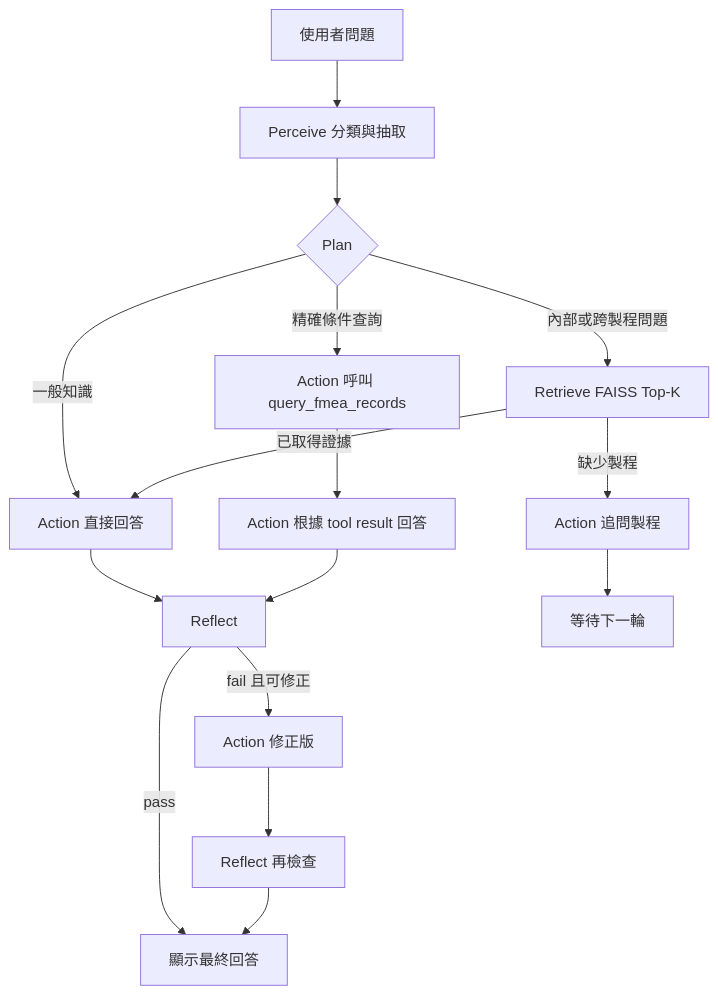
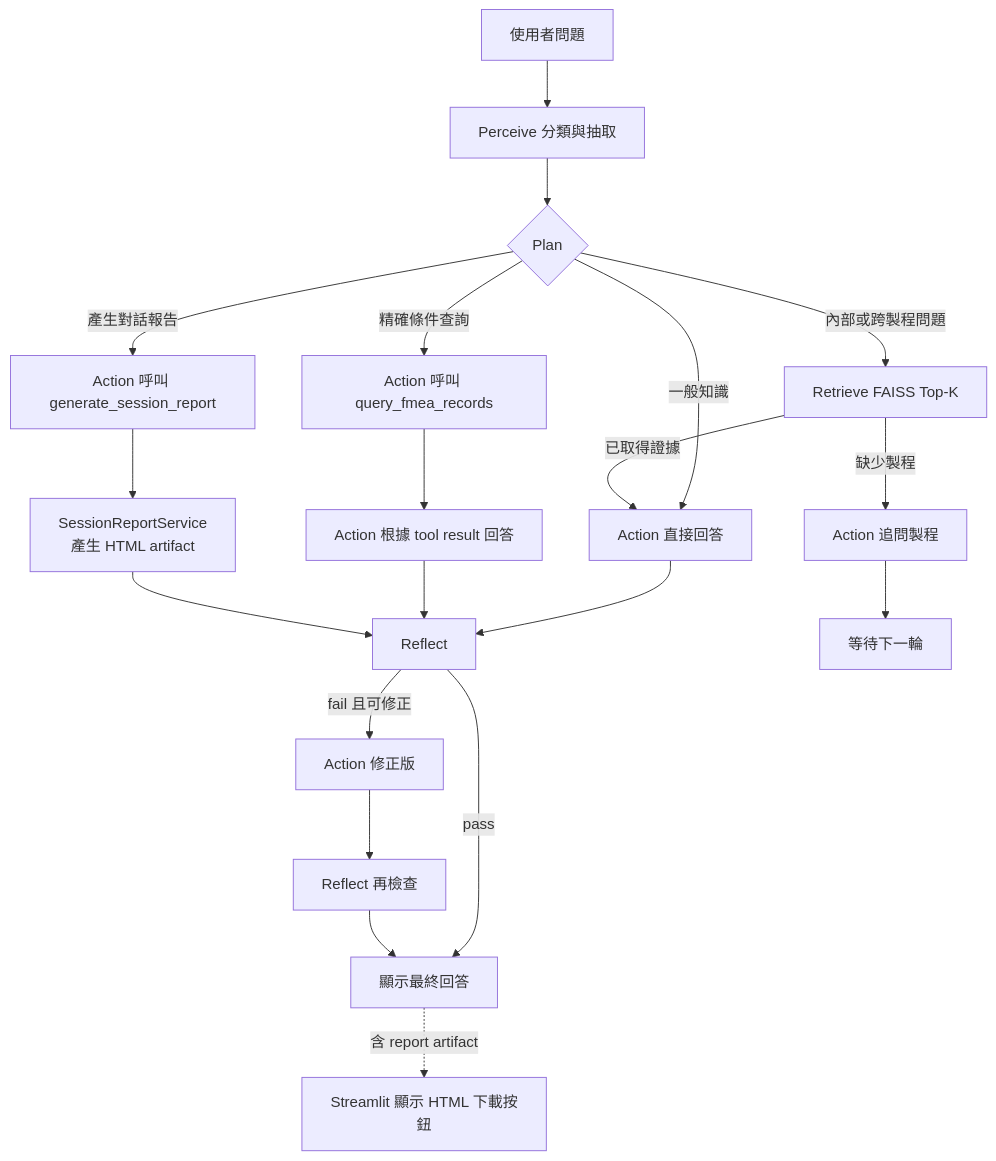
The third of 6 diagrams in README.md (arrui0915-nthu/fmea_agentic_sdk), drawn with Mermaid before and after one commit. The commit also changed 1 other file, not shown here.

Commit message:
demo chat log

````diff
--- a/README.md
+++ b/README.md
@@ -270,18 +270,22 @@
 ```mermaid
 flowchart TD
     Q[使用者問題] --> P[Perceive 分類與抽取]
     P --> L{Plan}
     L -- 一般知識 --> A[Action 直接回答]
     L -- 精確條件查詢 --> T[Action 呼叫 query_fmea_records]
+    L -- 產生對話報告 --> G[Action 呼叫 generate_session_report]
     L -- 內部或跨製程問題 --> R[Retrieve FAISS Top-K]
     R -- 缺少製程 --> C[Action 追問製程]
     R -- 已取得證據 --> A
     T --> A2[Action 根據 tool result 回答]
+    G --> H[SessionReportService<br/>產生 HTML artifact]
     A --> F[Reflect]
     A2 --> F
+    H --> F
     C --> End[等待下一輪]
     F -- pass --> End2[顯示最終回答]
     F -- fail 且可修正 --> A3[Action 修正版]
     A3 --> F2[Reflect 再檢查]
     F2 --> End2
+    End2 -. 含 report artifact .-> D[Streamlit 顯示 HTML 下載按鈕]
 ```
````
